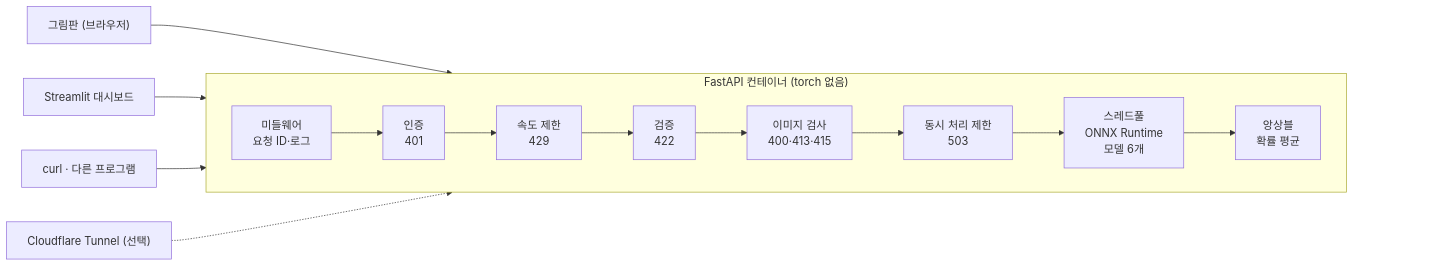
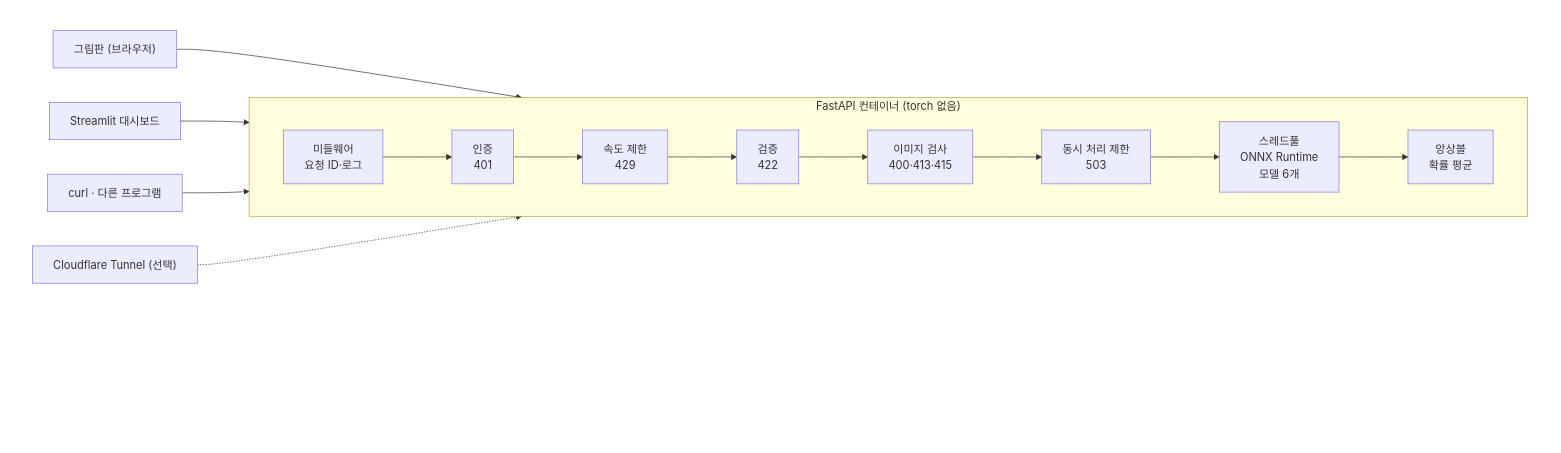
One commit to stella1298/AIFFEL_Quest_EPA changed the diagram in Serving/Serving02/README.md. Above: the diagram before and after it, drawn with Mermaid. The commit also changed 7 other files, not shown here.

Commit message:
Serving02~05: 머메이드 그림 아래에 빈 자리를 두어 확대·이동 버튼에 가리지 않게 수정

````diff
--- a/Serving/Serving02/README.md
+++ b/Serving/Serving02/README.md
@@ -125,14 +125,18 @@
 ```mermaid
-flowchart LR
-    B["그림판 (브라우저)"] --> API
-    S["Streamlit 대시보드"] --> API
-    C["curl · 다른 프로그램"] --> API
-    T["Cloudflare Tunnel (선택)"] -.-> API
-    subgraph API["FastAPI 컨테이너 (torch 없음)"]
+flowchart TB
+    %% 가로 흐름을 투명한 상자에 담고, 아래에 빈 줄을 두어 GitHub 의 확대·이동 버튼이 그림을 가리지 않게 합니다
+    subgraph flow[" "]
         direction LR
-        M["미들웨어<br/>요청 ID·로그"] --> A["인증<br/>401"] --> R["속도 제한<br/>429"] --> V["검증<br/>422"] --> I["이미지 검사<br/>400·413·415"] --> Q["동시 처리 제한<br/>503"] --> P["스레드풀<br/>ONNX Runtime<br/>모델 6개"] --> E["앙상블<br/>확률 평균"]
+        B["그림판 (브라우저)"] --> API
+        S["Streamlit 대시보드"] --> API
+        C["curl · 다른 프로그램"] --> API
+        T["Cloudflare Tunnel (선택)"] -.-> API
+        subgraph API["FastAPI 컨테이너 (torch 없음)"]
+            direction LR
+            M["미들웨어<br/>요청 ID·로그"] --> A["인증<br/>401"] --> R["속도 제한<br/>429"] --> V["검증<br/>422"] --> I["이미지 검사<br/>400·413·415"] --> Q["동시 처리 제한<br/>503"] --> P["스레드풀<br/>ONNX Runtime<br/>모델 6개"] --> E["앙상블<br/>확률 평균"]
+        end
     end
-    %% 오른쪽 아래 확대·이동 버튼이 그림을 가리지 않게 비워 두는 자리
-    API ~~~ pad["　　　　　　　　　"]
+    flow ~~~ pad["<br/><br/><br/><br/><br/>"]
+    style flow fill:none,stroke:none
     style pad fill:none,stroke:none
 ```
````
